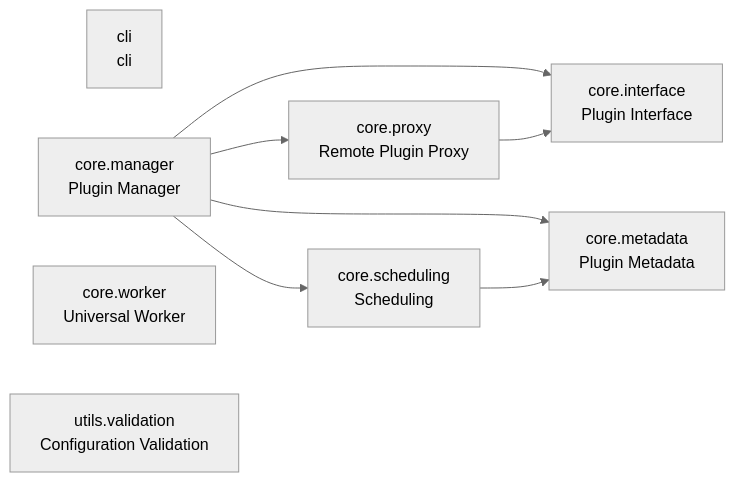
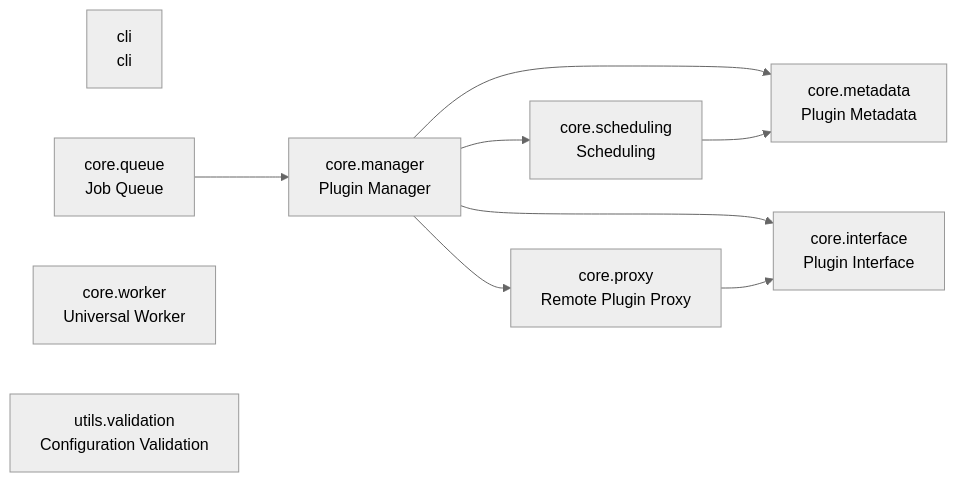
One commit to cj-mills/cjm-plugin-system changed the diagram in README.md. Above: the diagram before and after it, drawn with Mermaid (neutral theme). The commit also changed other lines of this file and 13 other files, not shown here.

Commit message:
Add resource-aware job queue for sequential plugin execution with cancellation support.

````diff
--- a/README.md
+++ b/README.md
@@ -30,18 +31,20 @@
 ``` mermaid
 graph LR
     cli[cli<br/>cli]
     core_interface[core.interface<br/>Plugin Interface]
     core_manager[core.manager<br/>Plugin Manager]
     core_metadata[core.metadata<br/>Plugin Metadata]
     core_proxy[core.proxy<br/>Remote Plugin Proxy]
+    core_queue[core.queue<br/>Job Queue]
     core_scheduling[core.scheduling<br/>Scheduling]
     core_worker[core.worker<br/>Universal Worker]
     utils_validation[utils.validation<br/>Configuration Validation]
 
+    core_manager --> core_scheduling
+    core_manager --> core_metadata
     core_manager --> core_interface
-    core_manager --> core_scheduling
     core_manager --> core_proxy
-    core_manager --> core_metadata
     core_proxy --> core_interface
+    core_queue --> core_manager
     core_scheduling --> core_metadata
 ```
````
